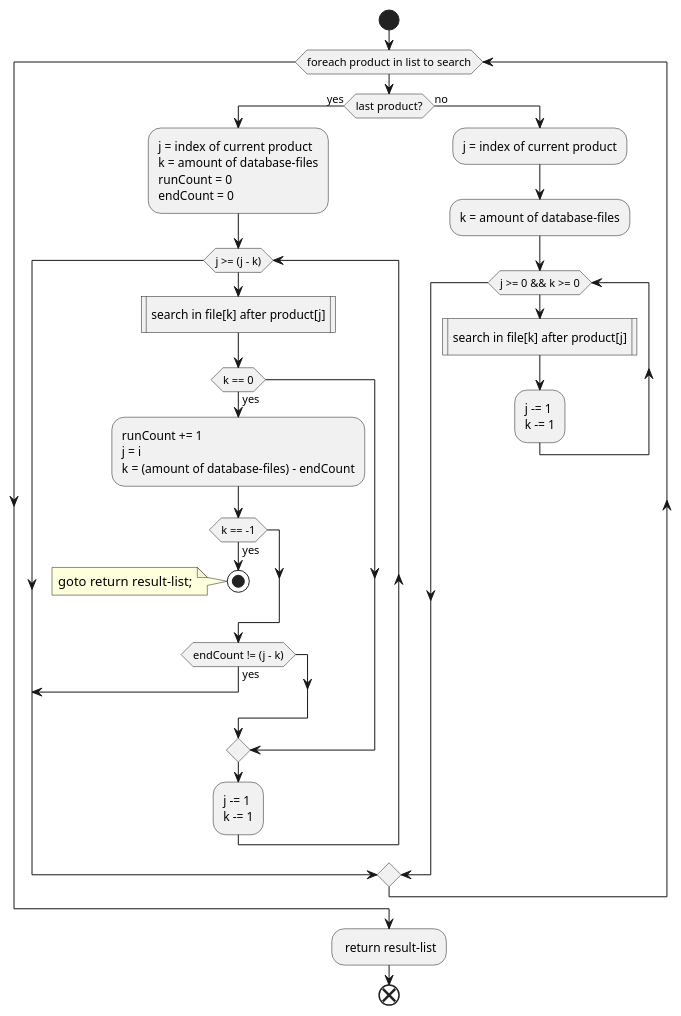
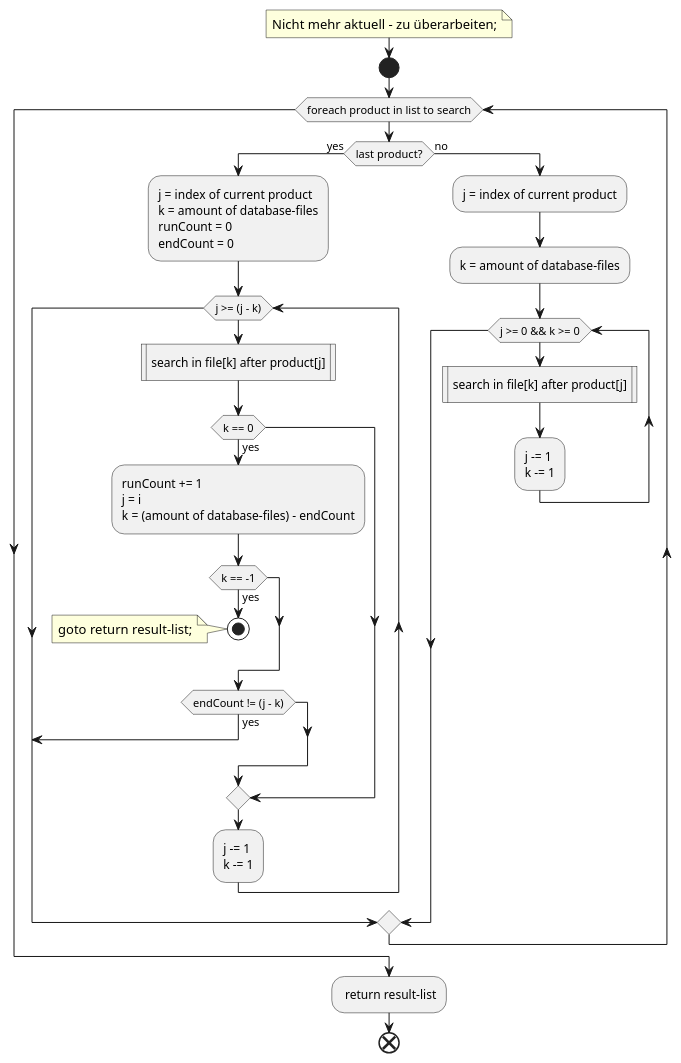
Before and after one commit to KnYL3R/AmIVulnerable: the diagram in documentation/pap/simultaniusSearchDb.puml, drawn with PlantUML. The commit also changed 2 other files, not shown here.

```diff
--- a/documentation/pap/simultaniusSearchDb.puml
+++ b/documentation/pap/simultaniusSearchDb.puml
@@ -1,42 +1,43 @@
 @startuml "Simultanius search on LiteDb-Files"
 
+    note left: Nicht mehr aktuell - zu überarbeiten;
     start
     while (foreach product in list to search) 
         if (last product?) then (yes)
             :j = index of current product
             k = amount of database-files
             runCount = 0
             endCount = 0;
             while (j >= (j - k))
                 :search in file[k] after product[j]|
                 if (k == 0) then (yes)
                     :runCount += 1
                     j = i
                     k = (amount of database-files) - endCount;
                     if (k == -1) then (yes)
                         stop
                         note left: goto return result-list;
                     endif
                     if (endCount != (j - k)) then (yes)
                         break
                     endif
                 endif
                 :j -= 1
                 k -= 1;
             endwhile
         else (no)
             :j = index of current product;
             :k = amount of database-files;
             while (j >= 0 && k >= 0)
                 ' fork
                 :search in file[k] after product[j]|
                 :j -= 1
                 k -= 1;
                 ' end fork
             endwhile
         endif
     endwhile
     : return result-list;
     end
 
 @enduml
```
